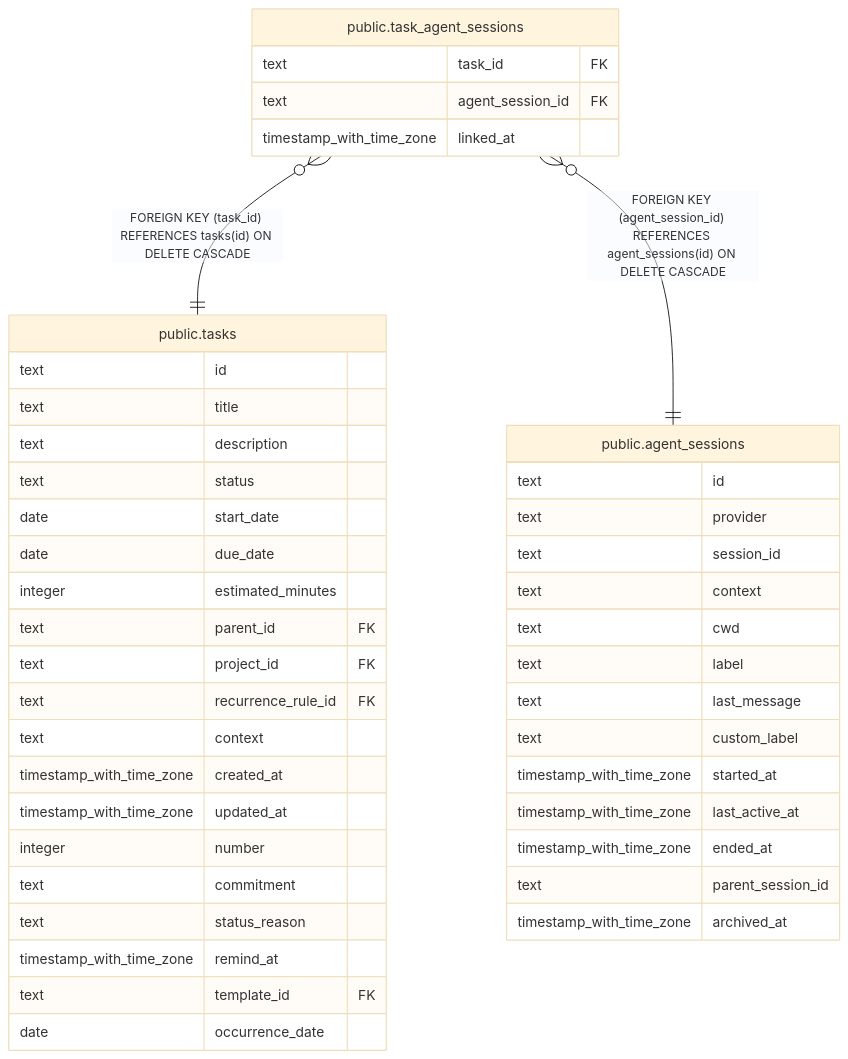
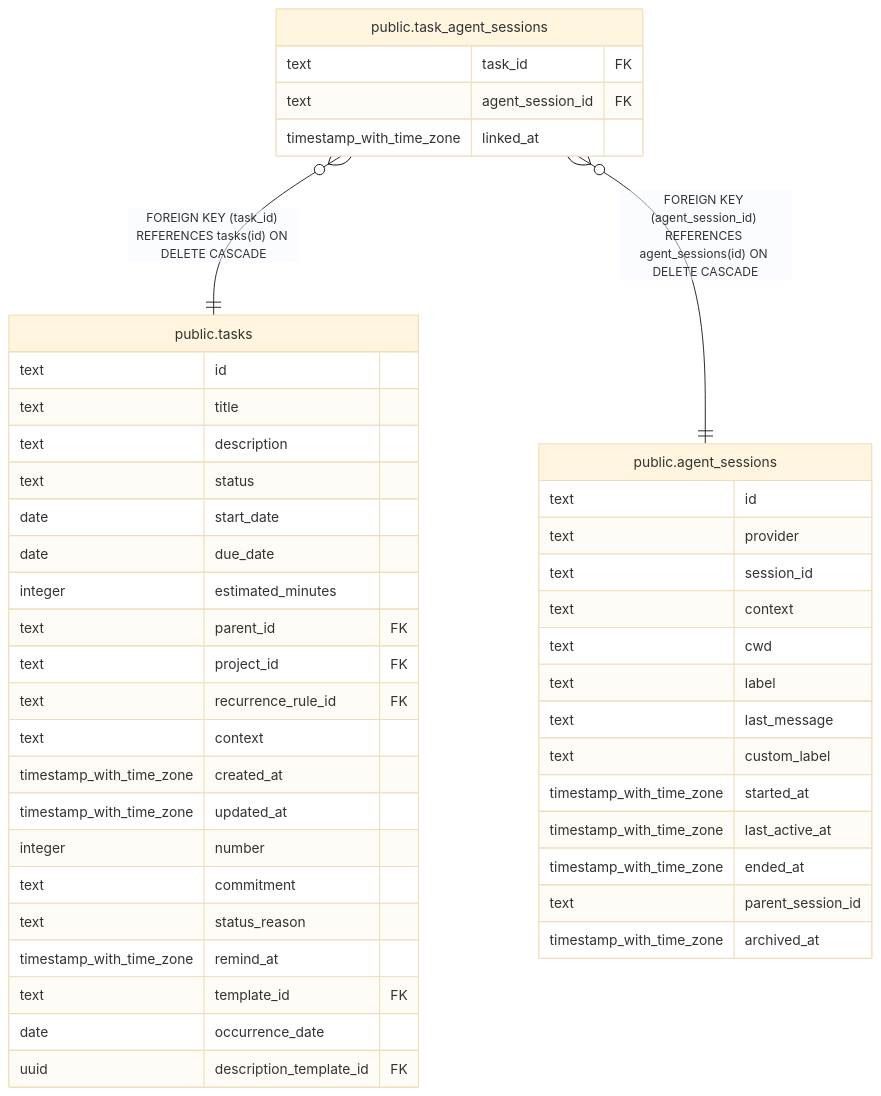
Before and after one commit to fohte/tq: the diagram in api/docs/db/public.task_agent_sessions.md, drawn with Mermaid (base theme). The commit also changed 16 other files, not shown here.

````diff
--- a/api/docs/db/public.task_agent_sessions.md
+++ b/api/docs/db/public.task_agent_sessions.md
@@ -36,48 +36,49 @@
 ```mermaid
 erDiagram
 
 "public.task_agent_sessions" }o--|| "public.tasks" : "FOREIGN KEY (task_id) REFERENCES tasks(id) ON DELETE CASCADE"
 "public.task_agent_sessions" }o--|| "public.agent_sessions" : "FOREIGN KEY (agent_session_id) REFERENCES agent_sessions(id) ON DELETE CASCADE"
 
 "public.task_agent_sessions" {
   text task_id FK
   text agent_session_id FK
   timestamp_with_time_zone linked_at
 }
 "public.tasks" {
   text id
   text title
   text description
   text status
   date start_date
   date due_date
   integer estimated_minutes
   text parent_id FK
   text project_id FK
   text recurrence_rule_id FK
   text context
   timestamp_with_time_zone created_at
   timestamp_with_time_zone updated_at
   integer number
   text commitment
   text status_reason
   timestamp_with_time_zone remind_at
   text template_id FK
   date occurrence_date
+  uuid description_template_id FK
 }
 "public.agent_sessions" {
   text id
   text provider
   text session_id
   text context
   text cwd
   text label
   text last_message
   text custom_label
   timestamp_with_time_zone started_at
   timestamp_with_time_zone last_active_at
   timestamp_with_time_zone ended_at
   text parent_session_id
   timestamp_with_time_zone archived_at
 }
 ```
````
